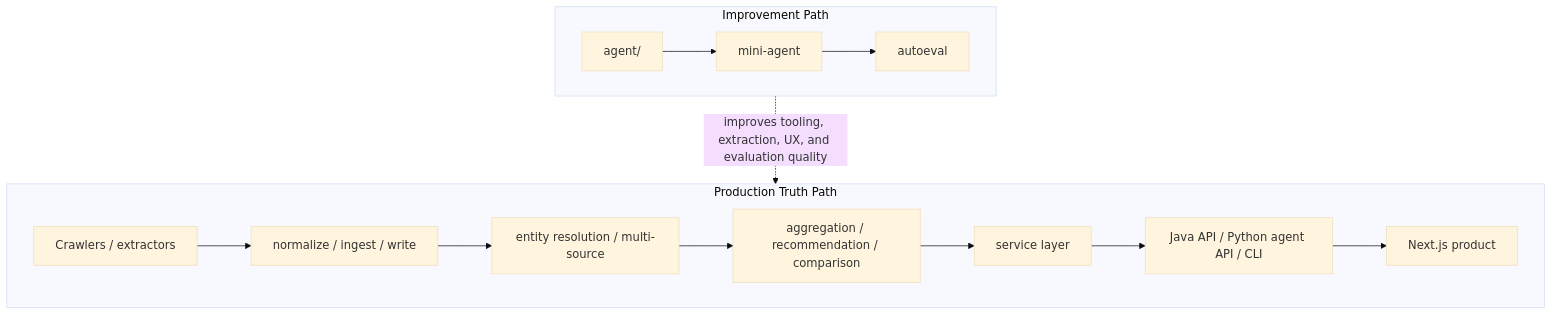
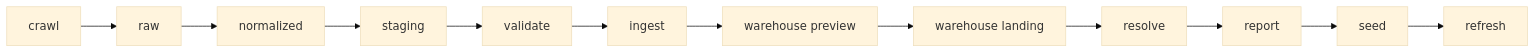
Before and after one commit to heinricitorgau/CrawlerNest: the third of 12 diagrams in docs/SYSTEM_ENGINE_ARCHITECTURE.md, drawn with Mermaid (base theme). The commit also changed other lines of this file and 10 other files, not shown here.

````diff
--- a/docs/SYSTEM_ENGINE_ARCHITECTURE.md
+++ b/docs/SYSTEM_ENGINE_ARCHITECTURE.md
@@ -300,18 +101,14 @@
 ```mermaid
-flowchart TD
-    subgraph Truth["Production Truth Path"]
-        A["Crawlers / extractors"] --> B["normalize / ingest / write"]
-        B --> C["entity resolution / multi-source"]
-        C --> D["aggregation / recommendation / comparison"]
-        D --> E["service layer"]
-        E --> F["Java API / Python agent API / CLI"]
-        F --> G["Next.js product"]
-    end
-
-    subgraph Improve["Improvement Path"]
-        H["agent/"] --> I["mini-agent"]
-        I --> J["autoeval"]
-    end
-
-    Improve -. improves tooling, extraction, UX, and evaluation quality .-> Truth
+flowchart LR
+    A["crawl"] --> B["raw"]
+    B --> C["normalized"]
+    C --> D["staging"]
+    D --> E["validate"]
+    E --> F["ingest"]
+    F --> G["warehouse preview"]
+    G --> H["warehouse landing"]
+    H --> I["resolve"]
+    I --> J["report"]
+    J --> K["seed"]
+    K --> L["refresh"]
 ```
````
